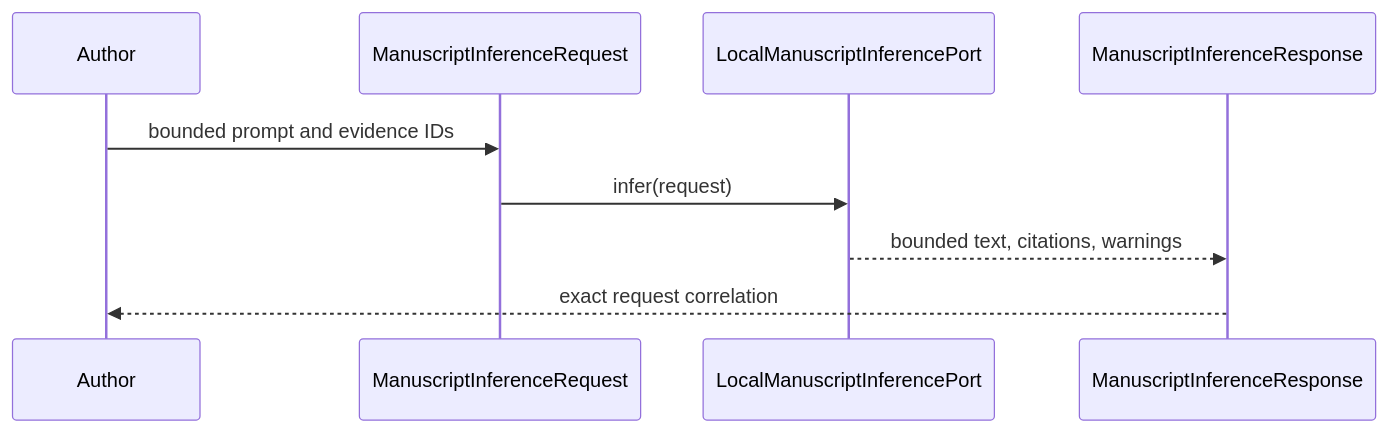
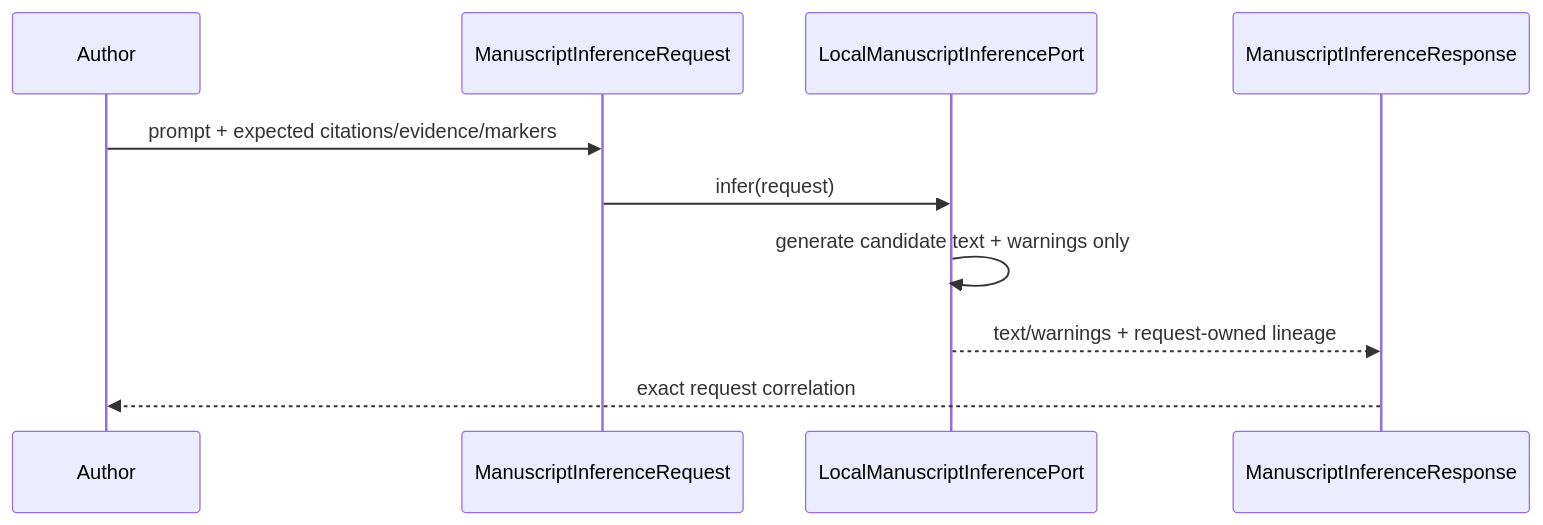
The diagram in docs/architecture/ksdft2effmass/publications/authoring/inference/schematic.md (eragasa/ksdft2effmass), drawn with Mermaid before and after one commit. The commit also changed 30 other files, not shown here.

````diff
--- a/docs/architecture/ksdft2effmass/publications/authoring/inference/schematic.md
+++ b/docs/architecture/ksdft2effmass/publications/authoring/inference/schematic.md
@@ -3,11 +3,12 @@
 ```mermaid
 sequenceDiagram
     participant Author
     participant Request as ManuscriptInferenceRequest
     participant Port as LocalManuscriptInferencePort
     participant Response as ManuscriptInferenceResponse
-    Author->>Request: bounded prompt and evidence IDs
+    Author->>Request: prompt + expected citations/evidence/markers
     Request->>Port: infer(request)
-    Port-->>Response: bounded text, citations, warnings
+    Port->>Port: generate candidate text + warnings only
+    Port-->>Response: text/warnings + request-owned lineage
     Response-->>Author: exact request correlation
 ```
````
